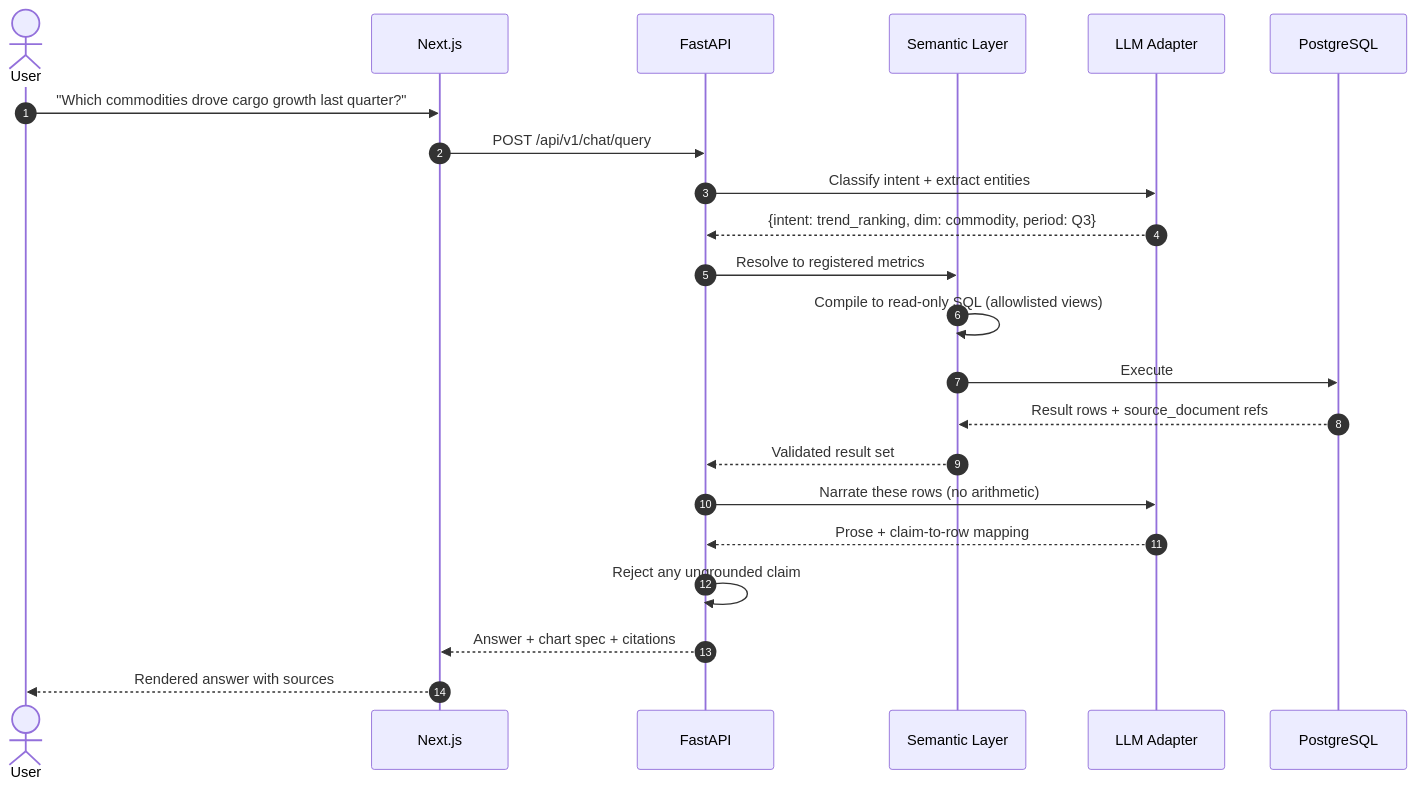
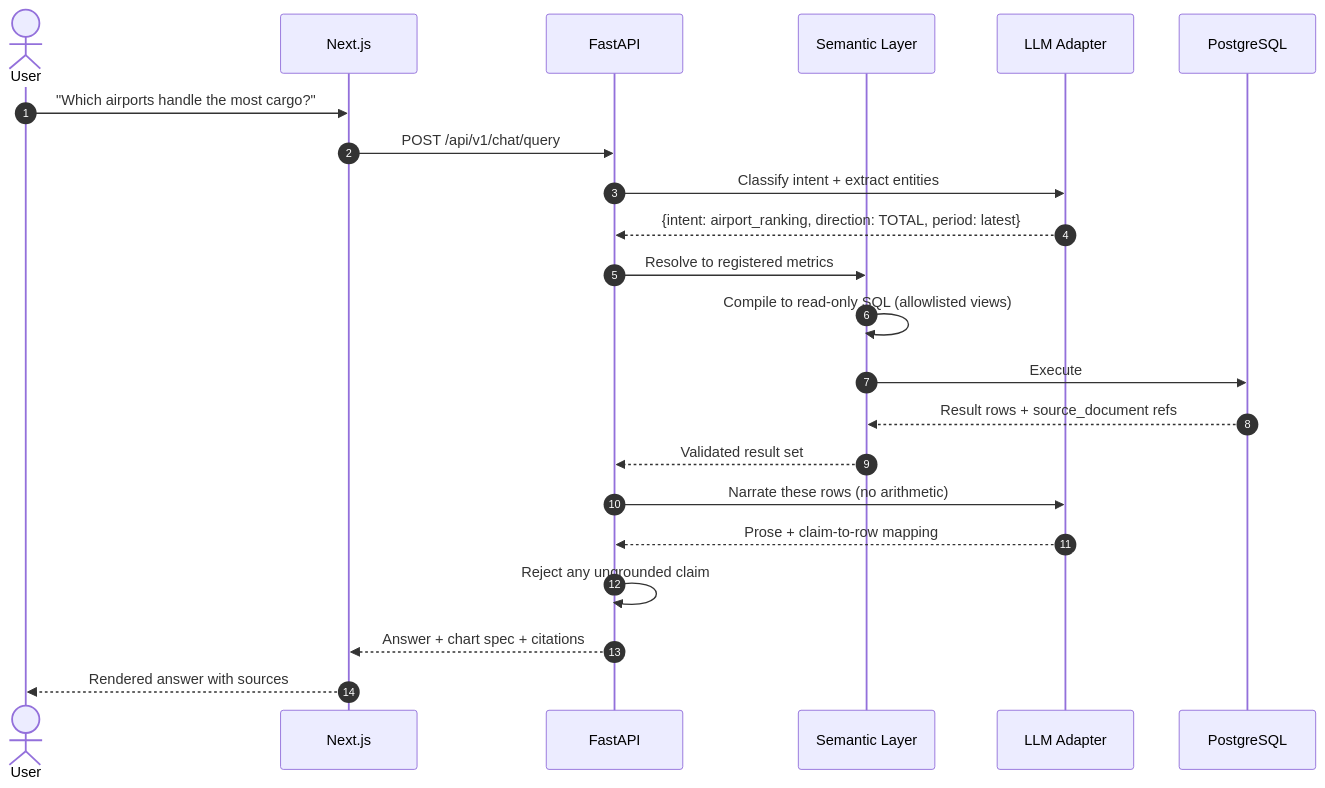
Before and after one commit to adarshcod30/Air-Cargo-Intelligence: the fourth of 6 diagrams in README.md, drawn with Mermaid. The commit also changed other lines of this file, not shown here.

````diff
--- a/README.md
+++ b/README.md
@@ -265,25 +269,25 @@
 ```mermaid
 sequenceDiagram
     autonumber
     actor U as User
     participant W as Next.js
     participant API as FastAPI
     participant SL as Semantic Layer
     participant LLM as LLM Adapter
     participant DB as PostgreSQL
 
-    U->>W: "Which commodities drove cargo growth last quarter?"
+    U->>W: "Which airports handle the most cargo?"
     W->>API: POST /api/v1/chat/query
     API->>LLM: Classify intent + extract entities
-    LLM-->>API: {intent: trend_ranking, dim: commodity, period: Q3}
+    LLM-->>API: {intent: airport_ranking, direction: TOTAL, period: latest}
     API->>SL: Resolve to registered metrics
     SL->>SL: Compile to read-only SQL (allowlisted views)
     SL->>DB: Execute
     DB-->>SL: Result rows + source_document refs
     SL-->>API: Validated result set
     API->>LLM: Narrate these rows (no arithmetic)
     LLM-->>API: Prose + claim-to-row mapping
     API->>API: Reject any ungrounded claim
     API-->>W: Answer + chart spec + citations
     W-->>U: Rendered answer with sources
 ```
````
